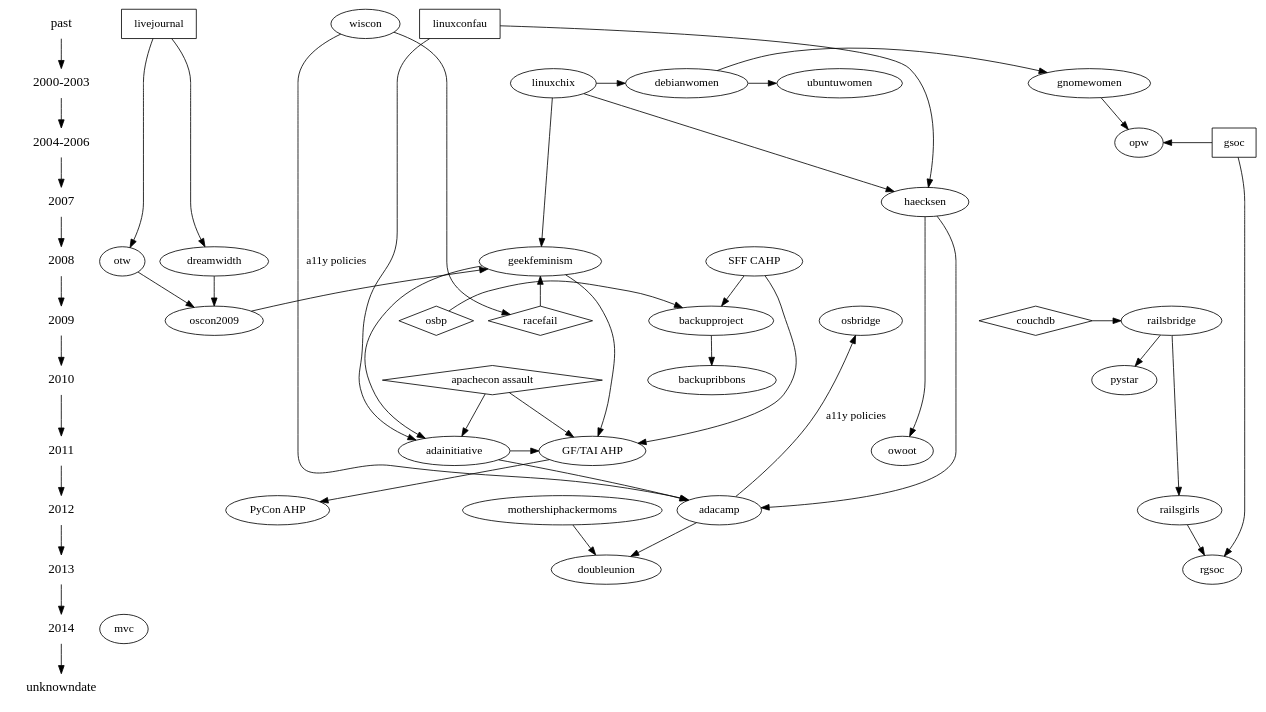
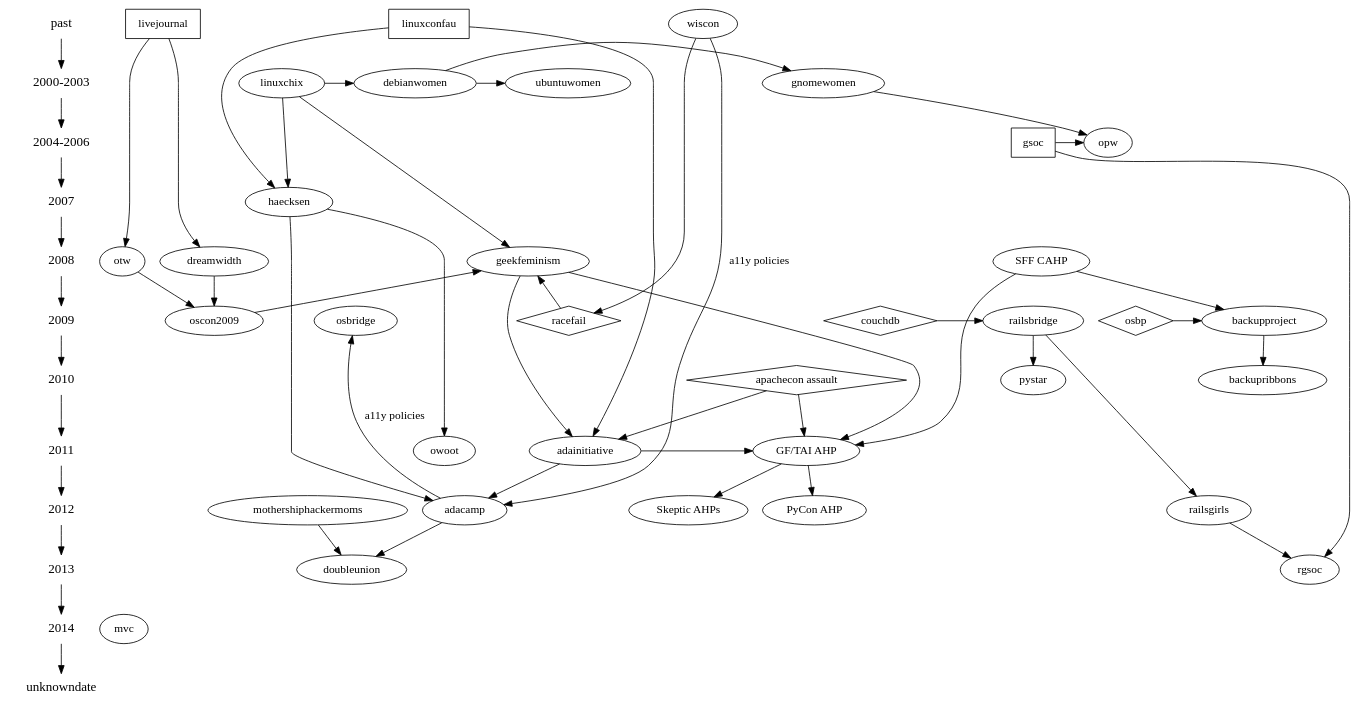
The diagram in gfft.dot (brainwane/gf-family-tree), drawn with Graphviz before and after one commit. The commit also changed 1 other file, not shown here.

Commit message:
Add the skeptic AHPs from 2012

```diff
--- a/gfft.dot
+++ b/gfft.dot
@@ -1,134 +1,137 @@
 digraph G {
 
   /*
      The following shapes are used for different types of things:
      oval = geek feminist/women-in-tech/etc organisation
      rectangle = orgs that aren't particularly feminist, but are influential
      diamond = event/incident (cf. GF wiki "Timeline of Incidents")
   */
 
   /*
      And this section lays out the history in terms of years.
   */
 
   {
     node [shape=plaintext, fontsize=16];
     past -> "2000-2003" -> "2004-2006" -> 2007 -> 2008 -> 2009 -> 2010 -> 2011 -> 2012 -> 2013 -> 2014 -> unknowndate;
   }
   { rank = same; past; livejournal; wiscon; linuxconfau}
   { rank = same; "2000-2003"; linuxchix; gnomewomen; ubuntuwomen; debianwomen; } /* roughly? */
   { rank = same; "2004-2006"; gsoc; opw;}
   { rank = same; 2007; haecksen; }
   { rank = same; 2008; "SFF CAHP"; geekfeminism; dreamwidth; otw; }
   { rank = same; 2009; oscon2009; racefail; couchdb; railsbridge; osbp; backupproject; osbridge; }
   { rank = same; 2010; "apachecon assault"; backupribbons;}
   { rank = same; 2011; adainitiative; "GF/TAI AHP"; owoot }
-  { rank = same; 2012; adacamp; railsgirls; }
+  { rank = same; 2012; adacamp; railsgirls; "Skeptic AHPs"; "PyCon AHP";}
   { rank = same; 2013; doubleunion; rgsoc; }
   { rank = same; 2014; mvc }
   { rank = same; unknowndate; }
 
   /* Skud set up the GF wiki in 2008, mostly inspired by earlier "women
    * in open source" communities such as linuxchix */
   linuxchix -> geekfeminism;
 
   /* in 2009, Racefail introduced Skud and other GF wiki contributors to
    * a lot of new ideas */
   racefail -> geekfeminism;
   racefail [shape=diamond];
 
   /* in 2010, the Noirin Plunkett's assault at ApacheCon triggered
    * discussions about anti-harassment that would lead to the formation
    * of the Ada Initiative */
   "apachecon assault" -> adainitiative;
   "apachecon assault" [shape=diamond];
 
   /* GF (esp. volunteer burnout) was an influence on TAI */
   geekfeminism -> adainitiative;
 
   /* The first TAI discussions were held at LCA */
   linuxconfau -> adainitiative;
   linuxconfau [shape=rectangle];
 
   /* TAI wrote the first conf anti-harassment poilcy in response to the
    * apachecon assault */
   "apachecon assault" -> "GF/TAI AHP"
   "geekfeminism" -> "GF/TAI AHP"
   "adainitiative" -> "GF/TAI AHP"
 
   /* The Con Anti-Harassment Policy (out of SFF fandom) also inspired it */
   "SFF CAHP" -> "GF/TAI AHP"
 
   /* Vaguely related: Open Source Boob Project and Backup Project */
   osbp -> backupproject
   osbp [shape=diamond]
   "SFF CAHP" -> backupproject
   backupproject -> backupribbons;
 
   /* The GF/TAI AHP inspired the PyCon variant */
-  "GF/TAI AHP" -> "PyCon AHP"
+  "GF/TAI AHP" -> "PyCon AHP";
+
+  /* The GF/TAI AHP inspired the skeptic variants */
+  "GF/TAI AHP" -> "Skeptic AHPs"
 
   adainitiative -> adacamp;
 
   /* Adacamp was inspired in some ways by Wiscon, eg. accessibility */
   wiscon -> adacamp [label="a11y policies"];
   /* and then open source bridge picked up some of that from adacamp */
   adacamp -> osbridge [label="a11y policies"];
 
   /* DoubleUnion came out of AdaCamp SF in 2013 */
   adacamp -> doubleunion;
   /* pretty sure mothership hackermoms was also an inspiration? */
   mothershiphackermoms -> doubleunion;
 
   /* Various early women-in-open-source mailing lists etc */
   linuxchix -> debianwomen;
   debianwomen -> ubuntuwomen;
   /* Direct ancestry, because Hanna Wallach did debianwomen first and
    * then GNOME Women, and was never a big participant in LinuxChix*/
   debianwomen -> gnomewomen;
   haecksen -> owoot;
 
   /* Gnome Outreach Program for Women, now FOSS OPW */
   gnomewomen -> opw;
   /* "The Outreach Program for Women (OPW) was inspired by Google's
    * Summer of Code and by how few women applied for it."
    * via gnome.org/opw (why can't I include double slashes in a comment?)
    */
   gsoc -> opw;
   gsoc [shape=rectangle]
 
   /* LinuxChix inspired the Haecksen miniconf at LCA */
   linuxchix -> haecksen;
   linuxconfau -> haecksen;
 
   /* Both creations of Mary Gardiner's, one of the inputs to AdaCamp is
      what wasn't possible with Haecksen */
   haecksen -> adacamp;
 
   /* RailsBridge happened in response to the CouchDB incident at
    * GoGaRuCo */
   couchdb -> railsbridge;
   couchdb [shape=diamond];
   railsbridge -> pystar;
   railsbridge -> railsgirls;
 
   /* There's now a rails girls summer of code */
 
   railsgirls -> rgsoc;
   gsoc -> rgsoc;
 
   wiscon -> racefail;
 
   /* Livejournal (esp. their fail) inspired DW and OTW */
   livejournal -> dreamwidth;
   livejournal -> otw;
   livejournal [shape=rectangle]
 
   /* Dreamwidth and OTW inspired Skud's 2009 OSCON keynote */
   dreamwidth -> oscon2009;
   otw -> oscon2009;
 
   /* GF blog came out of the oscon2009 keynote, as a place to have
    * ongoing conversations */
   oscon2009 -> geekfeminism;
 }
```
